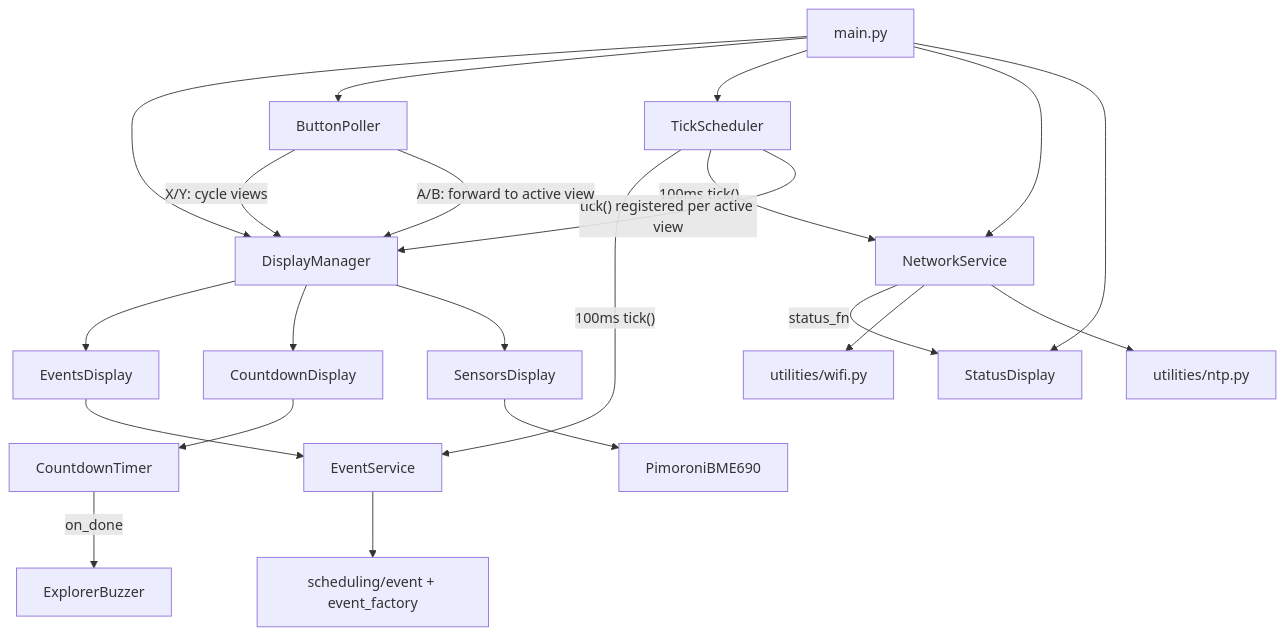
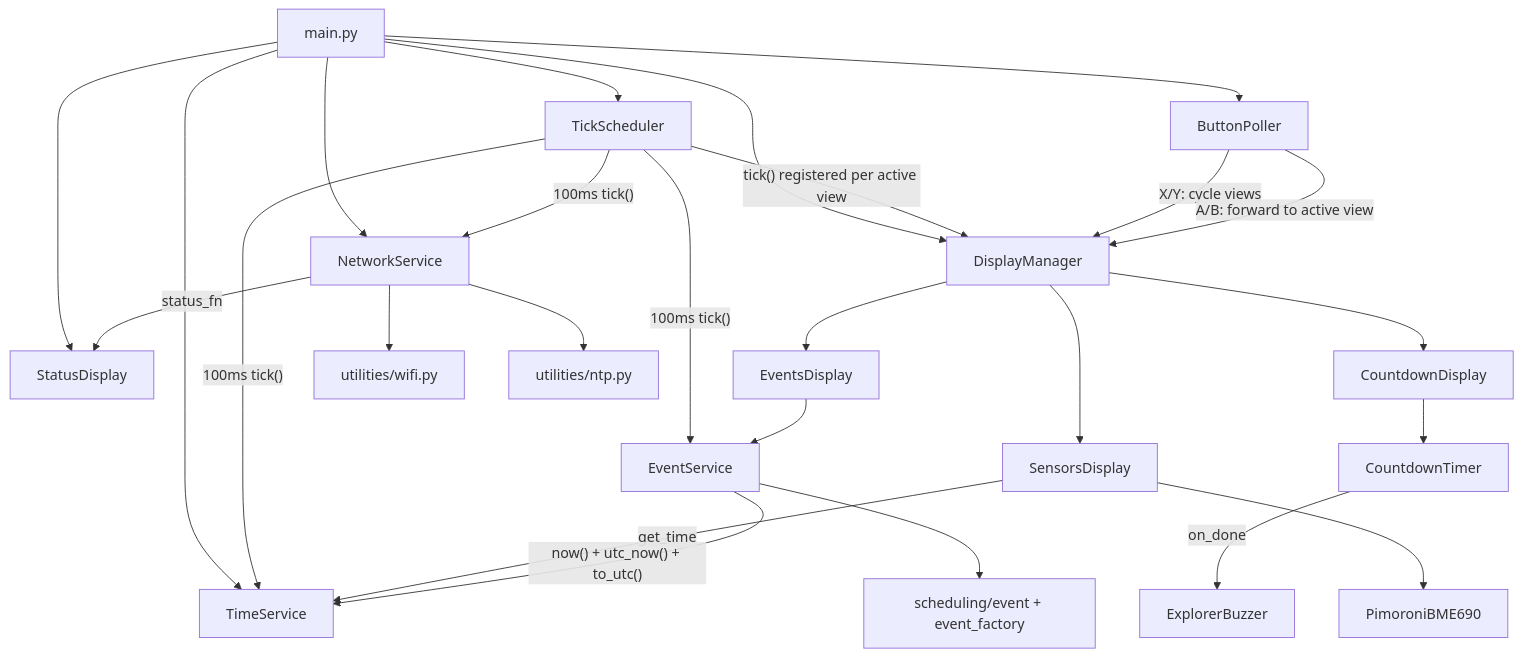
One commit to aannenko/pico-explorer-playground changed the diagram in .github/copilot-instructions.md. Above: the diagram before and after it, drawn with Mermaid. The commit also changed other lines of this file and 15 other files, not shown here.

````diff
--- a/.github/copilot-instructions.md
+++ b/.github/copilot-instructions.md
@@ -16,29 +16,33 @@
 ```mermaid
 graph TD
     main.py --> DisplayManager
     main.py --> ButtonPoller
     main.py --> TickScheduler
     main.py --> NetworkService
+    main.py --> TimeService
     main.py --> StatusDisplay
 
+    TickScheduler -- "100ms tick()" --> TimeService
     TickScheduler -- "100ms tick()" --> EventService
     TickScheduler -- "100ms tick()" --> NetworkService
     TickScheduler -- "tick() registered per active view" --> DisplayManager
 
     DisplayManager --> EventsDisplay
     DisplayManager --> CountdownDisplay
     DisplayManager --> SensorsDisplay
 
     EventsDisplay --> EventService
     CountdownDisplay --> CountdownTimer
     SensorsDisplay --> PimoroniBME690
+    SensorsDisplay -- "get_time" --> TimeService
+    EventService -- "now() + utc_now() + to_utc()" --> TimeService
 
     CountdownTimer -- "on_done" --> ExplorerBuzzer
     NetworkService -- "status_fn" --> StatusDisplay
     NetworkService --> utilities/wifi.py
     NetworkService --> utilities/ntp.py
     EventService --> scheduling["scheduling/event + event_factory"]
 
     ButtonPoller -- "X/Y: cycle views" --> DisplayManager
     ButtonPoller -- "A/B: forward to active view" --> DisplayManager
 ```
````
